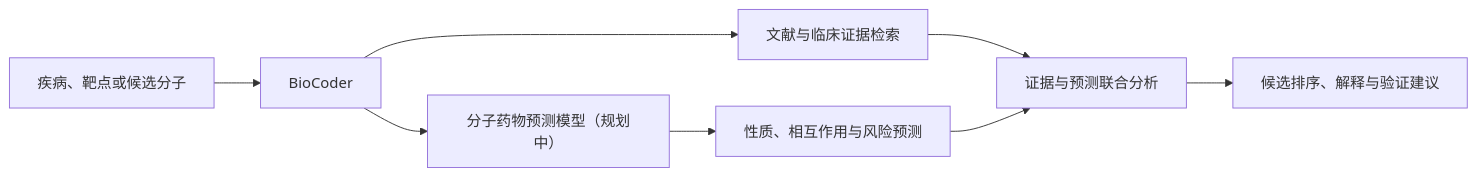
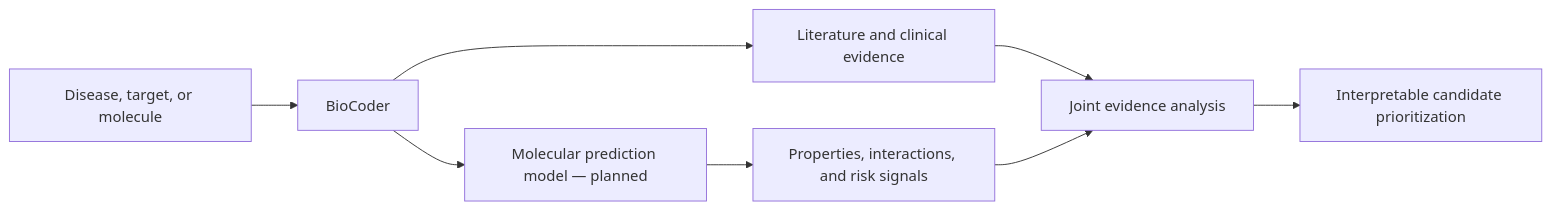
One commit to Mainenp/BioCoder changed the second of 2 diagrams in README.md. Above: the diagram before and after it, drawn with Mermaid. The commit also changed other lines of this file, not shown here.

````diff
--- a/README.md
+++ b/README.md
@@ -144,10 +82,10 @@
 ```mermaid
 flowchart LR
-    I["疾病、靶点或候选分子"] --> A["BioCoder"]
-    A --> E["文献与临床证据检索"]
-    A --> D["分子药物预测模型（规划中）"]
-    D --> V["性质、相互作用与风险预测"]
-    E --> S["证据与预测联合分析"]
-    V --> S
-    S --> O["候选排序、解释与验证建议"]
+    I["Disease, target, or molecule"] --> B["BioCoder"]
+    B --> E["Literature and clinical evidence"]
+    B --> M["Molecular prediction model — planned"]
+    M --> P["Properties, interactions, and risk signals"]
+    E --> J["Joint evidence analysis"]
+    P --> J
+    J --> O["Interpretable candidate prioritization"]
 ```
````
